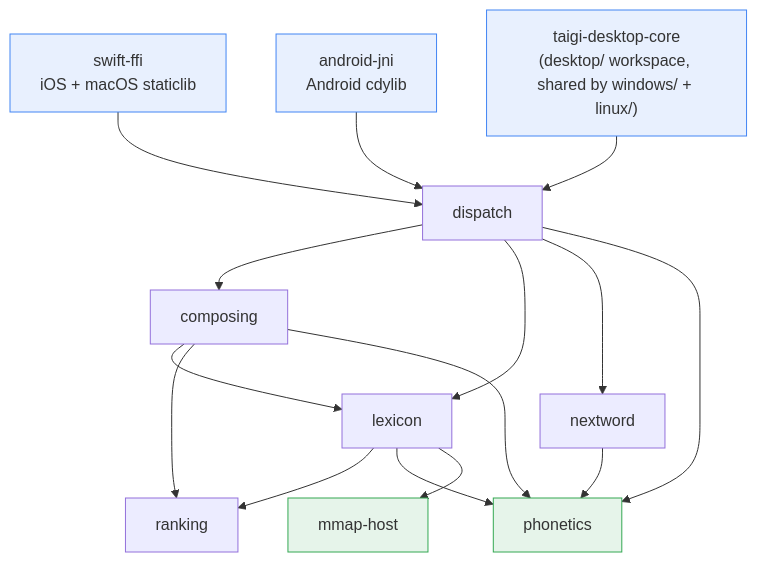
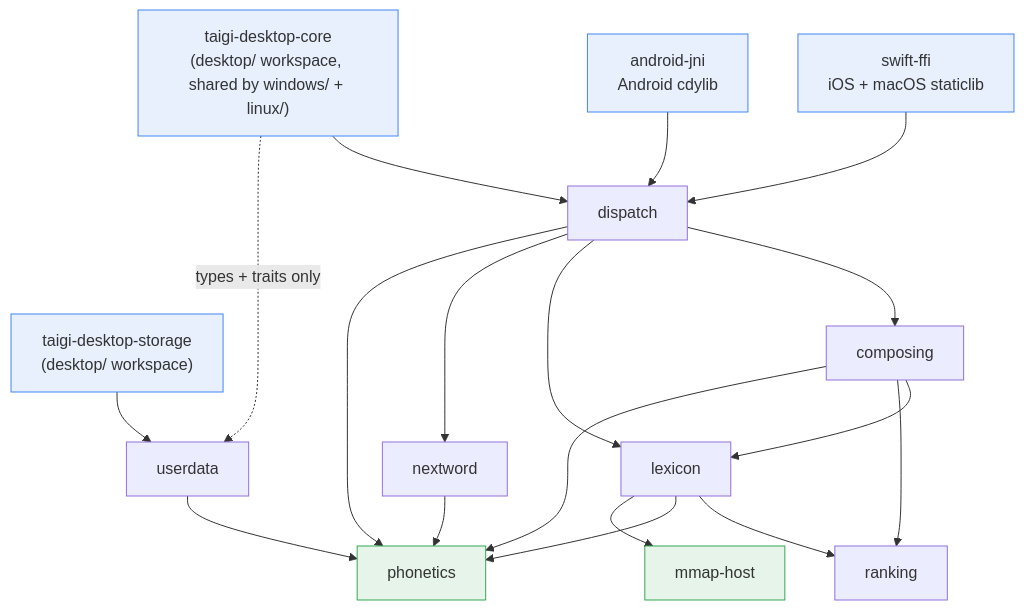
The second of 4 diagrams in docs/architecture/system-overview.md (yapinxxx/taigikeyboard), drawn with Mermaid before and after one commit. The commit also changed other lines of this file and 41 other files, not shown here.

````diff
--- a/docs/architecture/system-overview.md
+++ b/docs/architecture/system-overview.md
@@ -65,22 +65,25 @@
 ```mermaid
 graph TD
     swiftffi["swift-ffi<br/>iOS + macOS staticlib"] --> dispatch
     androidjni["android-jni<br/>Android cdylib"] --> dispatch
     wincore["taigi-desktop-core<br/>(desktop/ workspace, shared by windows/ + linux/)"] --> dispatch
+    wincore -.->|"types + traits only"| userdata
+    wstorage["taigi-desktop-storage<br/>(desktop/ workspace)"] --> userdata
     dispatch --> composing
     dispatch --> lexicon
     dispatch --> nextword
     dispatch --> phonetics
     composing --> lexicon
     composing --> ranking
     composing --> phonetics
     lexicon --> ranking
     lexicon --> phonetics
     lexicon --> mmaphost["mmap-host"]
     nextword --> phonetics
+    userdata --> phonetics
 
     classDef adapter fill:#e8f0fe,stroke:#4285f4;
     classDef leaf fill:#e6f4ea,stroke:#34a853;
-    class swiftffi,androidjni,wincore adapter;
+    class swiftffi,androidjni,wincore,wstorage adapter;
     class phonetics,mmaphost leaf;
 ```
````
